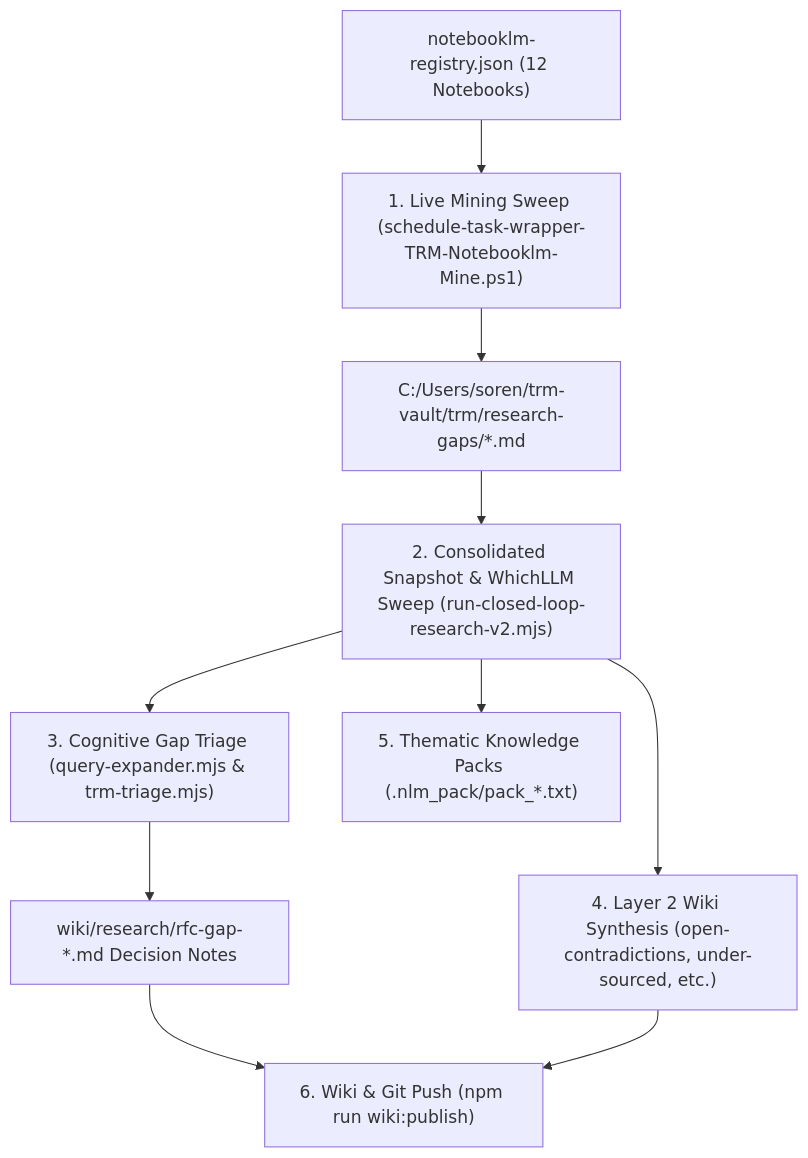
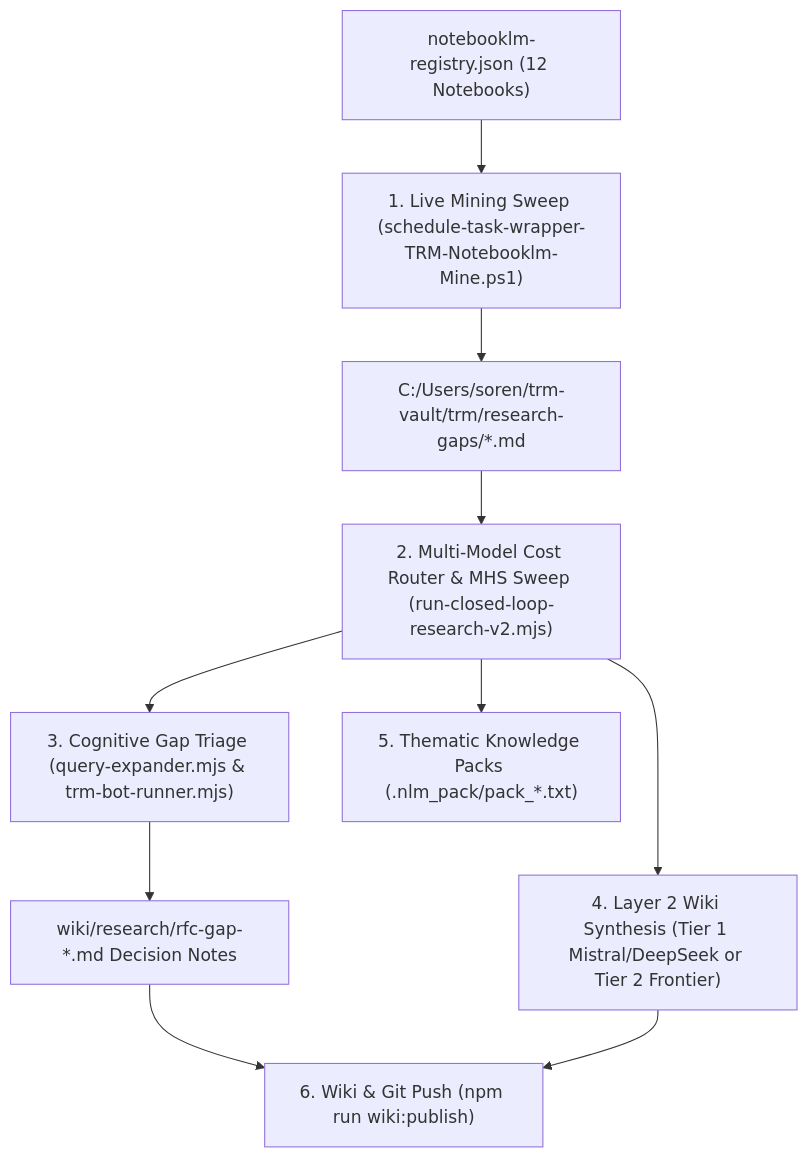
Before and after one commit to sorensencc-dotcom/toolforge: the diagram in skills/trm-closed-loop-research/SKILL.md, drawn with Mermaid. The commit also changed other lines of this file and 333 other files, not shown here.

````diff
--- a/skills/trm-closed-loop-research/SKILL.md
+++ b/skills/trm-closed-loop-research/SKILL.md
@@ -20,11 +20,11 @@
 ```mermaid
 flowchart TD
     A["notebooklm-registry.json (12 Notebooks)"] --> B["1. Live Mining Sweep (schedule-task-wrapper-TRM-Notebooklm-Mine.ps1)"]
     B --> C["C:/Users/soren/trm-vault/trm/research-gaps/*.md"]
-    C --> D["2. Consolidated Snapshot & WhichLLM Sweep (run-closed-loop-research-v2.mjs)"]
-    D --> E["3. Cognitive Gap Triage (query-expander.mjs & trm-triage.mjs)"]
+    C --> D["2. Multi-Model Cost Router & MHS Sweep (run-closed-loop-research-v2.mjs)"]
+    D --> E["3. Cognitive Gap Triage (query-expander.mjs & trm-bot-runner.mjs)"]
     E --> F["wiki/research/rfc-gap-*.md Decision Notes"]
-    D --> G["4. Layer 2 Wiki Synthesis (open-contradictions, under-sourced, etc.)"]
+    D --> G["4. Layer 2 Wiki Synthesis (Tier 1 Mistral/DeepSeek or Tier 2 Frontier)"]
     D --> H["5. Thematic Knowledge Packs (.nlm_pack/pack_*.txt)"]
     F & G --> I["6. Wiki & Git Push (npm run wiki:publish)"]
 ```
````
